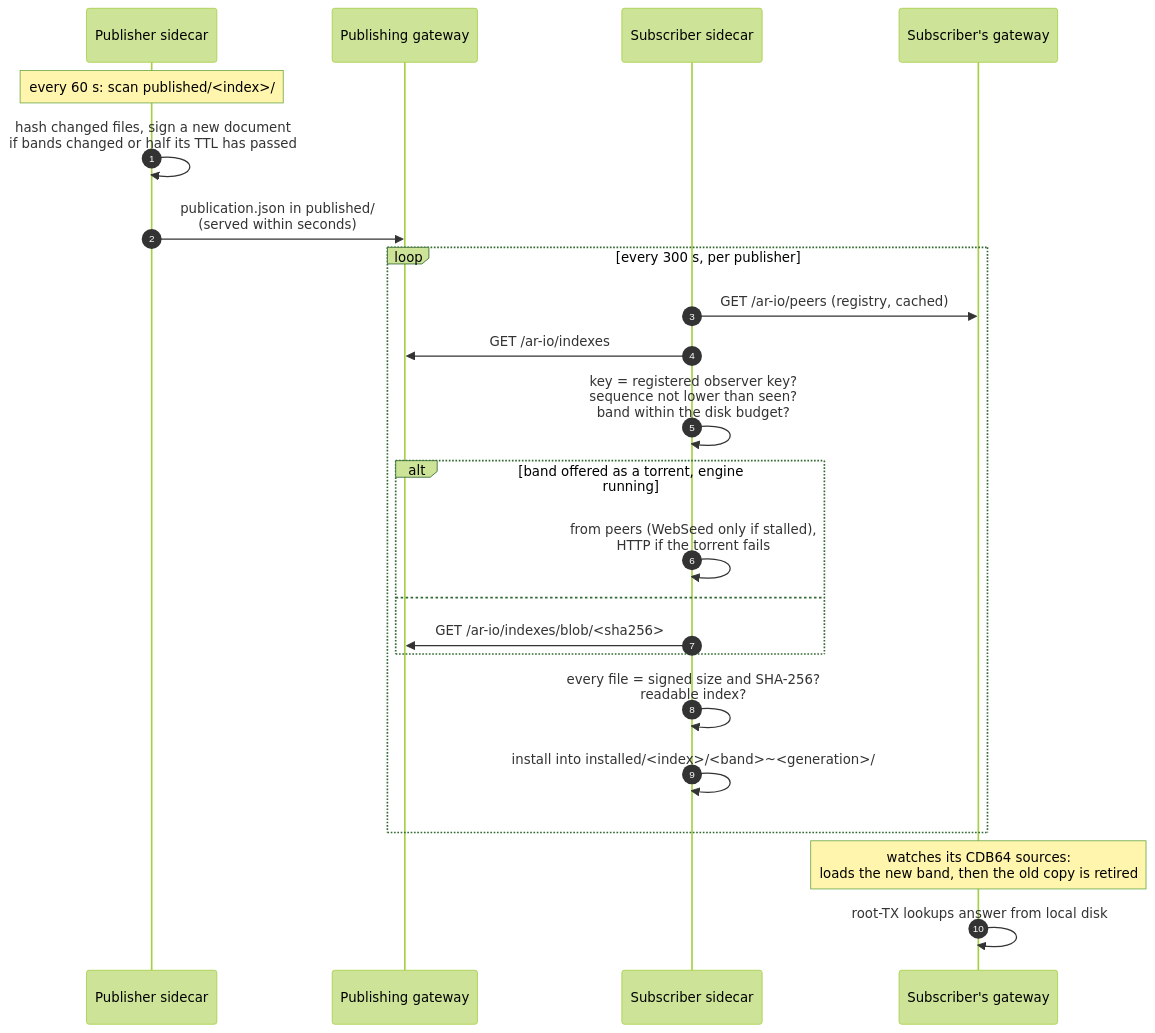
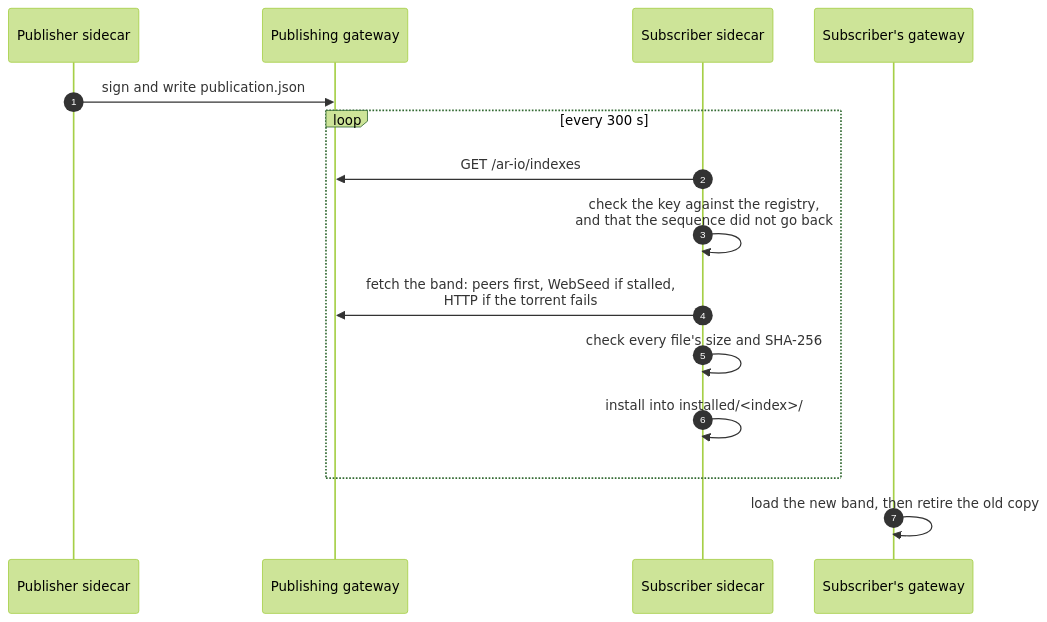
Before and after one commit to ar-io/ar-io-node: the second of 3 diagrams in docs/index-swarm.md, drawn with Mermaid (forest theme). The commit also changed other lines of this file and 4 other files, not shown here.

````diff
--- a/docs/index-swarm.md
+++ b/docs/index-swarm.md
@@ -220,26 +224,18 @@
 ```mermaid
 sequenceDiagram
   autonumber
   participant P as Publisher sidecar
   participant PG as Publishing gateway
   participant S as Subscriber sidecar
   participant SG as Subscriber's gateway
 
-  Note over P: every 60 s: scan published/<index>/
-  P->>P: hash changed files, sign a new document<br/>if bands changed or half its TTL has passed
-  P->>PG: publication.json in published/<br/>(served within seconds)
-  loop every 300 s, per publisher
-    S->>SG: GET /ar-io/peers (registry, cached)
+  P->>PG: sign and write publication.json
+  loop every 300 s
     S->>PG: GET /ar-io/indexes
-    S->>S: key = registered observer key?<br/>sequence not lower than seen?<br/>band within the disk budget?
-    alt band offered as a torrent, engine running
-      S->>S: from peers (WebSeed only if stalled),<br/>HTTP if the torrent fails
-    else
-      S->>PG: GET /ar-io/indexes/blob/<sha256>
-    end
-    S->>S: every file = signed size and SHA-256?<br/>readable index?
-    S->>S: install into installed/<index>/<band>~<generation>/
+    S->>S: check the key against the registry,<br/>and that the sequence did not go back
+    S->>PG: fetch the band: peers first, WebSeed if stalled,<br/>HTTP if the torrent fails
+    S->>S: check every file's size and SHA-256
+    S->>S: install into installed/<index>/
   end
-  Note over SG: watches its CDB64 sources:<br/>loads the new band, then the old copy is retired
-  SG->>SG: root-TX lookups answer from local disk
+  SG->>SG: load the new band, then retire the old copy
 ```
````
